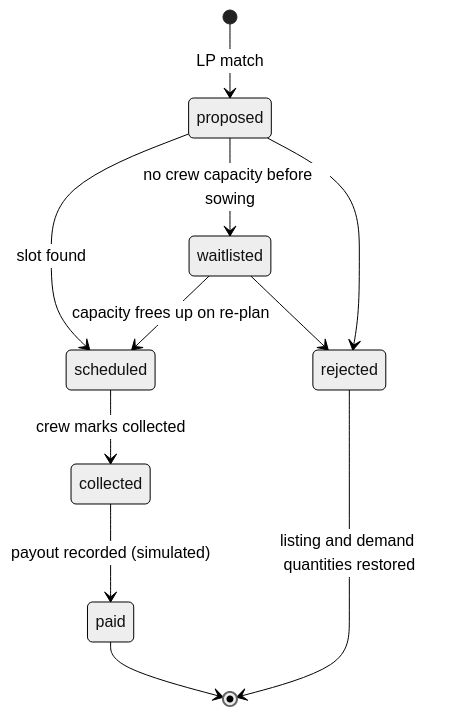
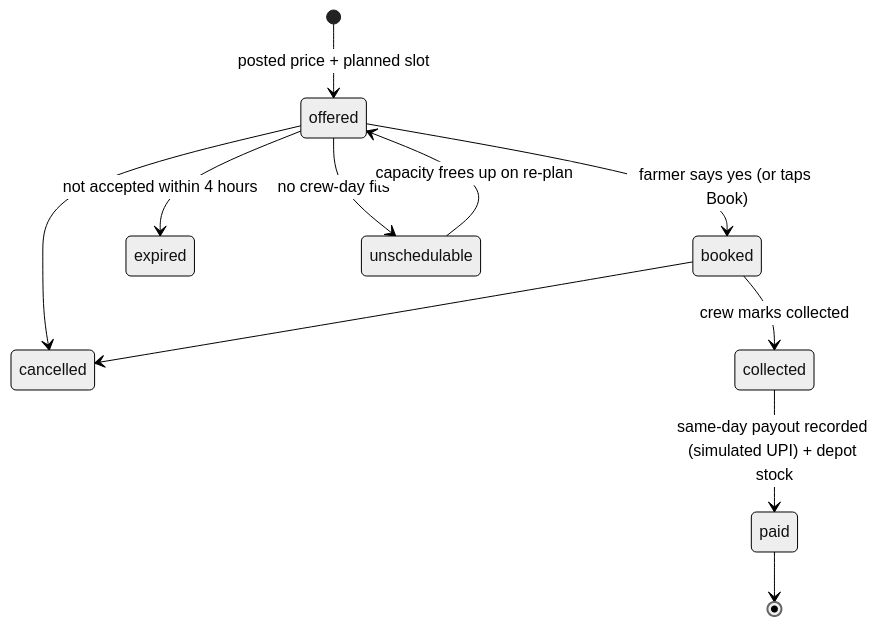
One commit to PeepSheep99/parali-setu changed the fourth of 4 diagrams in docs/ARCHITECTURE.md. Above: the diagram before and after it, drawn with Mermaid (neutral theme). The commit also changed other lines of this file and 4 other files, not shown here.

First line of the commit message:
Docs for Parali Setu 2.0: README, architecture, API and frontend guides

````diff
--- a/docs/ARCHITECTURE.md
+++ b/docs/ARCHITECTURE.md
@@ -137,13 +139,13 @@
 ```mermaid
 stateDiagram-v2
-  [*] --> proposed: LP match
-  proposed --> scheduled: slot found
-  proposed --> waitlisted: no crew capacity before sowing
-  waitlisted --> scheduled: capacity frees up on re-plan
-  proposed --> rejected
-  waitlisted --> rejected
-  scheduled --> collected: crew marks collected
-  collected --> paid: payout recorded (simulated)
-  rejected --> [*]: listing and demand quantities restored
+  [*] --> offered: posted price + planned slot
+  offered --> booked: farmer says yes (or taps Book)
+  offered --> expired: not accepted within 4 hours
+  offered --> unschedulable: no crew-day fits
+  unschedulable --> offered: capacity frees up on re-plan
+  offered --> cancelled
+  booked --> cancelled
+  booked --> collected: crew marks collected
+  collected --> paid: same-day payout recorded (simulated UPI) + depot stock
   paid --> [*]
 ```
````
